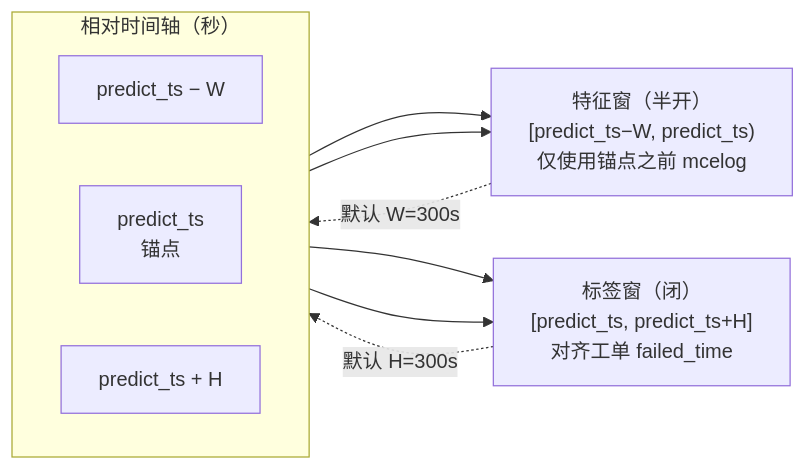
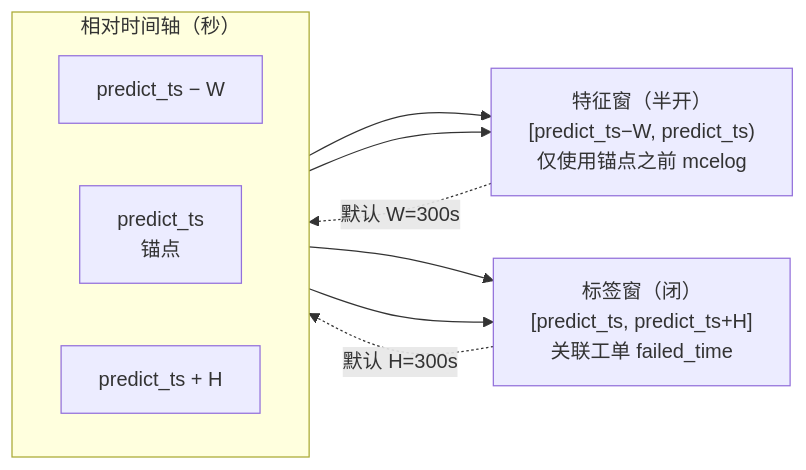
Before and after one commit to amunlau/dram_cnn: the diagram in reports/figures/03_time_windows.mmd, drawn with Mermaid. The commit also changed 107 other files, not shown here.

```diff
--- a/reports/figures/03_time_windows.mmd
+++ b/reports/figures/03_time_windows.mmd
@@ -1,18 +1,18 @@
 flowchart LR
   subgraph AXIS["相对时间轴（秒）"]
     direction LR
     W_START["predict_ts − W"]
     P["predict_ts<br/>锚点"]
     H_END["predict_ts + H"]
   end
 
   FEAT["特征窗（半开）<br/>[predict_ts−W, predict_ts)<br/>仅使用锚点之前 mcelog"]
-  LABEL["标签窗（闭）<br/>[predict_ts, predict_ts+H]<br/>对齐工单 failed_time"]
+  LABEL["标签窗（闭）<br/>[predict_ts, predict_ts+H]<br/>关联工单 failed_time"]
 
   W_START --> FEAT
   P --> FEAT
   P --> LABEL
   H_END --> LABEL
 
   FEAT -.->|"默认 W=300s"| P
   LABEL -.->|"默认 H=300s"| H_END
```
